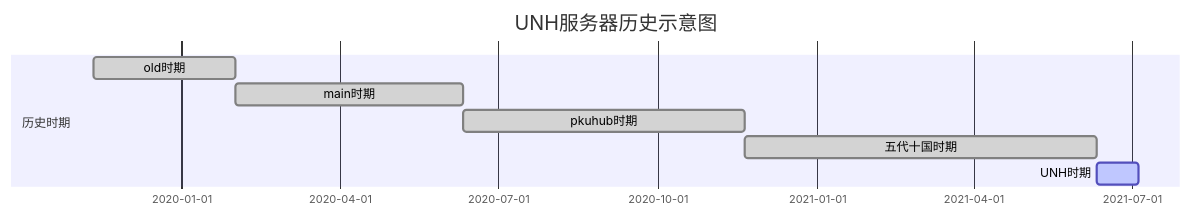
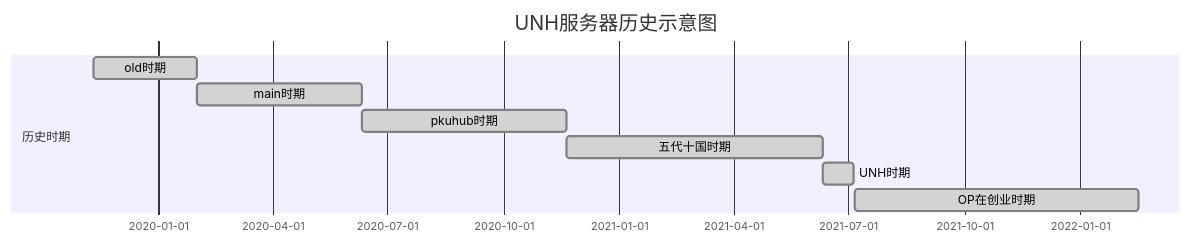
The diagram in source/about/index.md (UNH-world/UNH-web), drawn with Mermaid before and after one commit. The commit also changed other lines of this file and 5 other files, not shown here.

```diff
--- a/source/about/index.md
+++ b/source/about/index.md
@@ -30,12 +32,13 @@
 {% mermaid %}
 gantt
 dateFormat  YYYY-MM-DD
 title UNH服务器历史示意图
 
 section 历史时期
 old时期             :done,    des1, 2019-11-11,2020-02-01
 main时期            :done,  des2, 2020-02-01, 2020-06-11
 pkuhub时期          :done, des3, 2020-06-11, 2020-11-20
 五代十国时期            :done, des4, 2020-11-20, 2021-06-11
-UNH时期               :active, des5, 2021-06-11, 2021-07-05
+UNH时期               :done, des5, 2021-06-11, 2021-07-05
+OP在创业时期           :done, des6, 2021-07-06, 2022-02-16
 {% endmermaid %}
```
